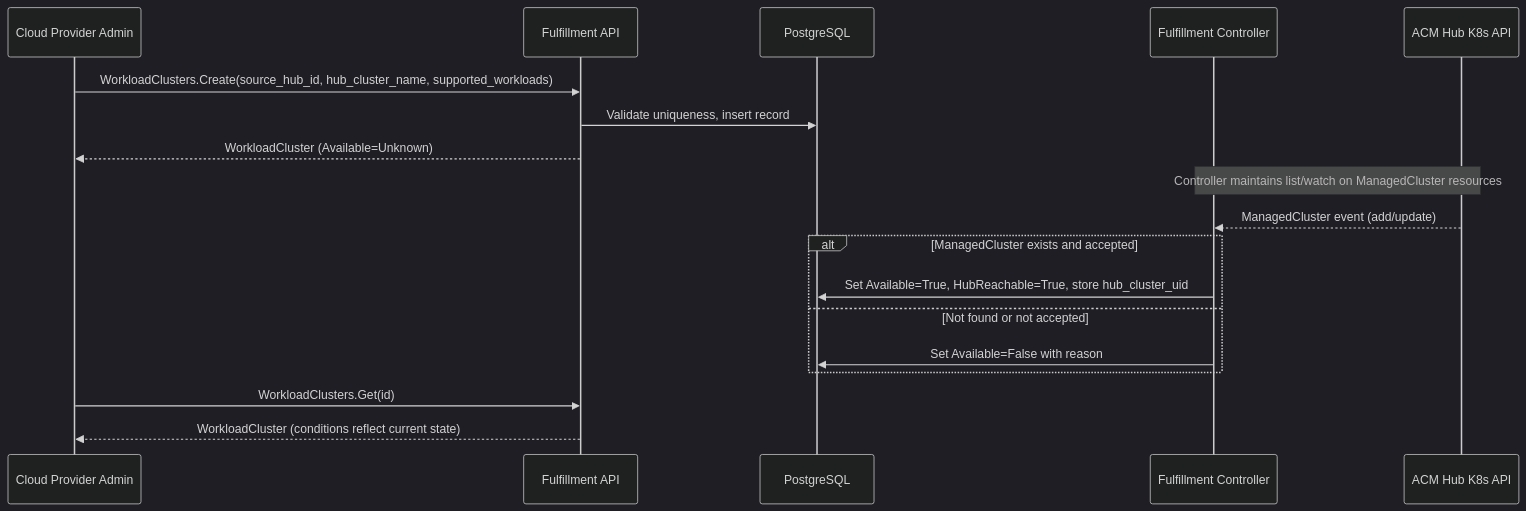
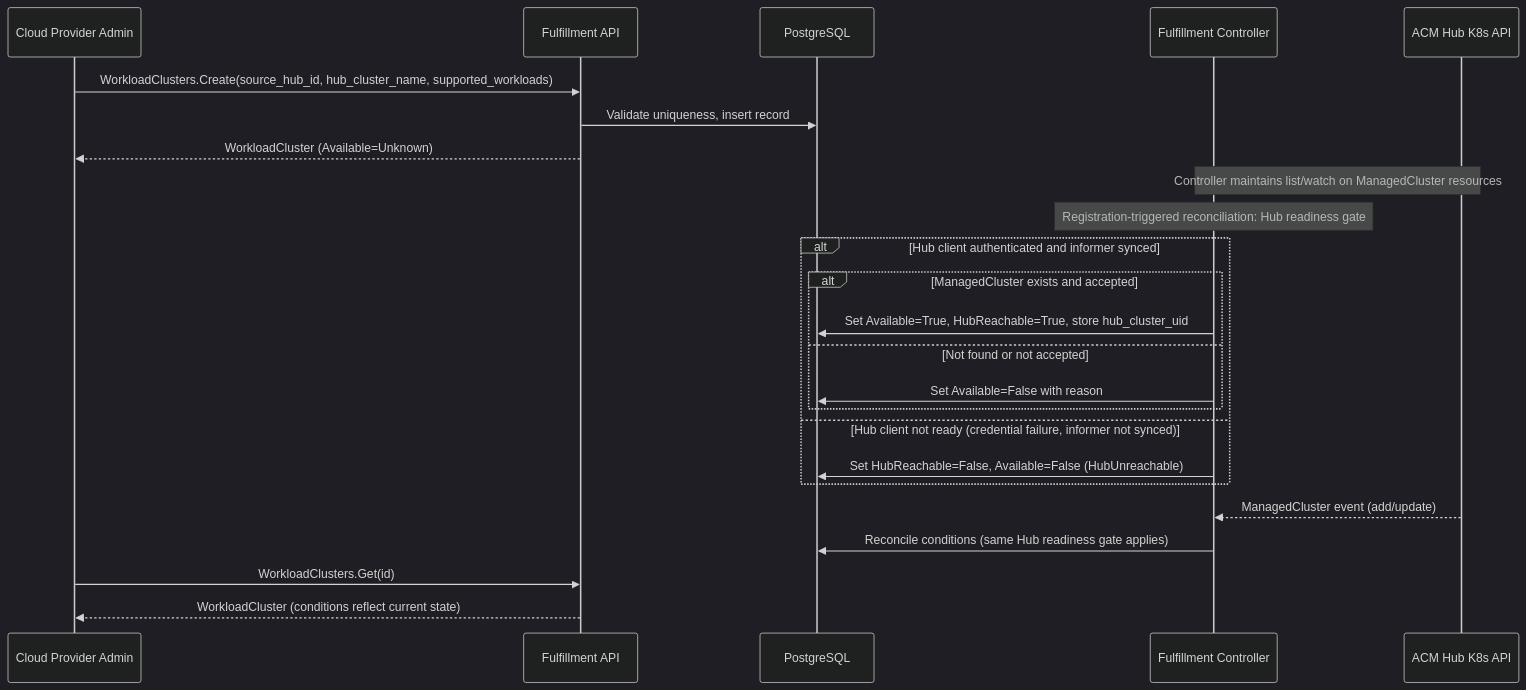
The diagram in 0.4/OSAC-6488-import-hub-registered-clusters-for-ai-workloads/design.md (DakCrowder/enhancement-proposals), drawn with Mermaid (dark theme) before and after one commit. The commit also changed other lines of this file, not shown here.

First line of the commit message:
OSAC-6488: review credential-outage revision and fix sequencing

````diff
--- a/0.4/OSAC-6488-import-hub-registered-clusters-for-ai-workloads/design.md
+++ b/0.4/OSAC-6488-import-hub-registered-clusters-for-ai-workloads/design.md
@@ -139,23 +139,29 @@
 ```mermaid
 sequenceDiagram
     participant CPA as Cloud Provider Admin
     participant API as Fulfillment API
     participant DB as PostgreSQL
     participant Ctrl as Fulfillment Controller
     participant Hub as ACM Hub K8s API
 
     CPA->>API: WorkloadClusters.Create(source_hub_id, hub_cluster_name, supported_workloads)
     API->>DB: Validate uniqueness, insert record
     API-->>CPA: WorkloadCluster (Available=Unknown)
 
     Note over Ctrl,Hub: Controller maintains list/watch on ManagedCluster resources
+    Note over Ctrl: Registration-triggered reconciliation: Hub readiness gate
+    alt Hub client authenticated and informer synced
+        alt ManagedCluster exists and accepted
+            Ctrl->>DB: Set Available=True, HubReachable=True, store hub_cluster_uid
+        else Not found or not accepted
+            Ctrl->>DB: Set Available=False with reason
+        end
+    else Hub client not ready (credential failure, informer not synced)
+        Ctrl->>DB: Set HubReachable=False, Available=False (HubUnreachable)
+    end
     Hub-->>Ctrl: ManagedCluster event (add/update)
-    alt ManagedCluster exists and accepted
-        Ctrl->>DB: Set Available=True, HubReachable=True, store hub_cluster_uid
-    else Not found or not accepted
-        Ctrl->>DB: Set Available=False with reason
-    end
+    Ctrl->>DB: Reconcile conditions (same Hub readiness gate applies)
 
     CPA->>API: WorkloadClusters.Get(id)
     API-->>CPA: WorkloadCluster (conditions reflect current state)
 ```
````
